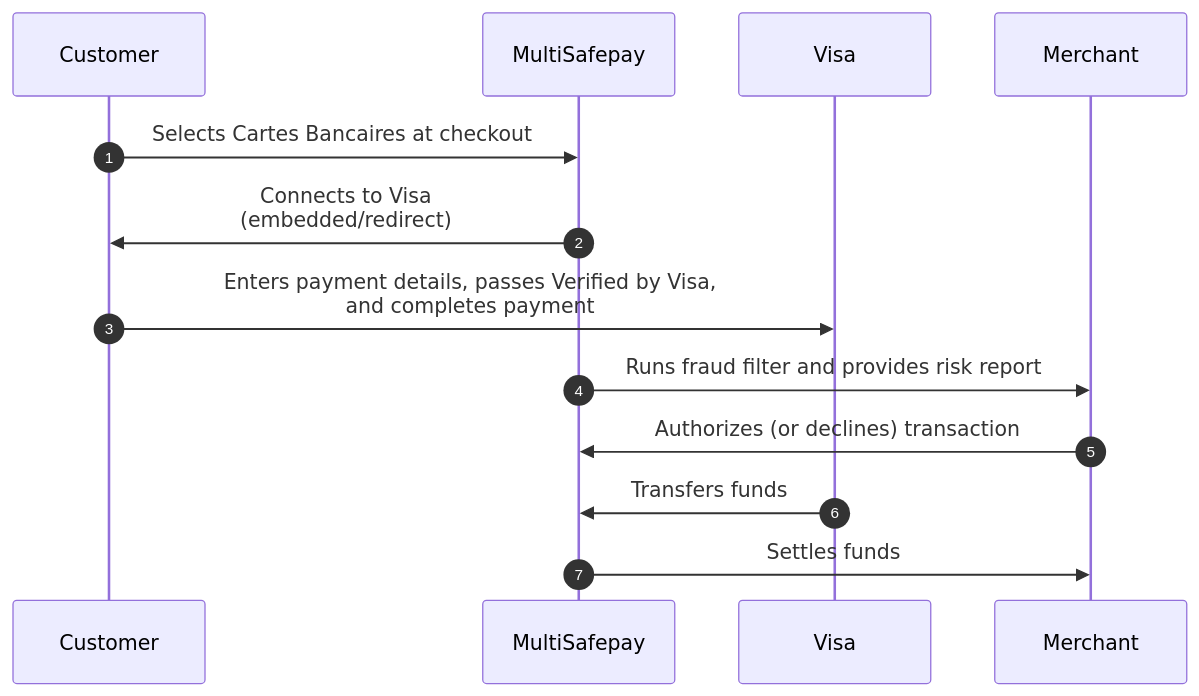
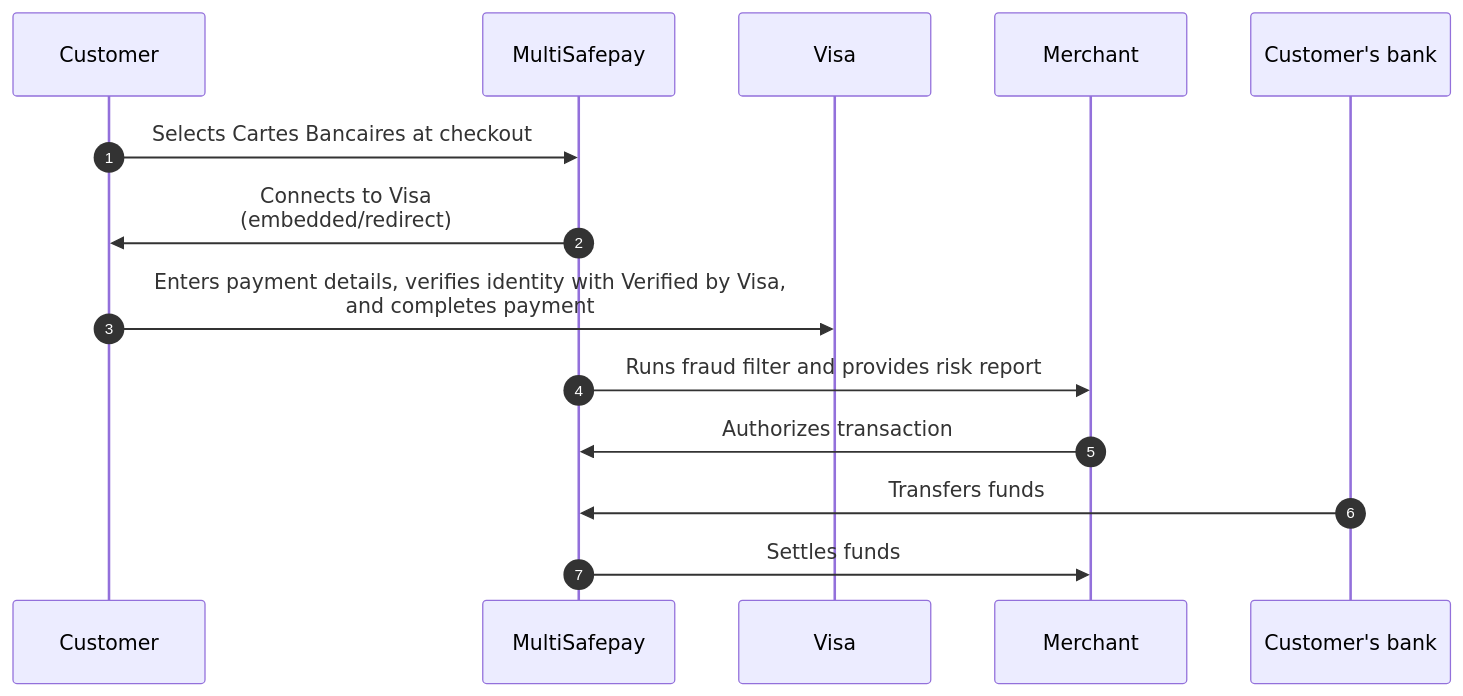
One commit to MultiSafepay/docs changed the diagram in content/payments/methods/credit-and-debit-cards/cartes-bancaires/payment-flow.md. Above: the diagram before and after it, drawn with Mermaid. The commit also changed other lines of this file and 37 other files, not shown here.

```diff
--- a/content/payments/methods/credit-and-debit-cards/cartes-bancaires/payment-flow.md
+++ b/content/payments/methods/credit-and-debit-cards/cartes-bancaires/payment-flow.md
@@ -12,19 +12,20 @@
 {{< mermaid class="text-center" >}}
 
 sequenceDiagram
     autonumber
     participant C as Customer
     participant Mu as MultiSafepay
     participant V as Visa
     participant Me as Merchant
+    participant CB as Customer's bank
 
     C->>Mu: Selects Cartes Bancaires at checkout
     Mu->>C: Connects to Visa <br> (embedded/redirect)
-    C->>V: Enters payment details, passes Verified by Visa, <br> and completes payment
+    C->>V: Enters payment details, verifies identity with Verified by Visa, <br> and completes payment
     Mu->>Me: Runs fraud filter and provides risk report
-    Me->>Mu: Authorizes (or declines) transaction
-    V->>Mu: Transfers funds 
+    Me->>Mu: Authorizes transaction
+    CB->>Mu: Transfers funds 
     Mu->>Me: Settles funds
        
 
 {{< /mermaid >}}
```
